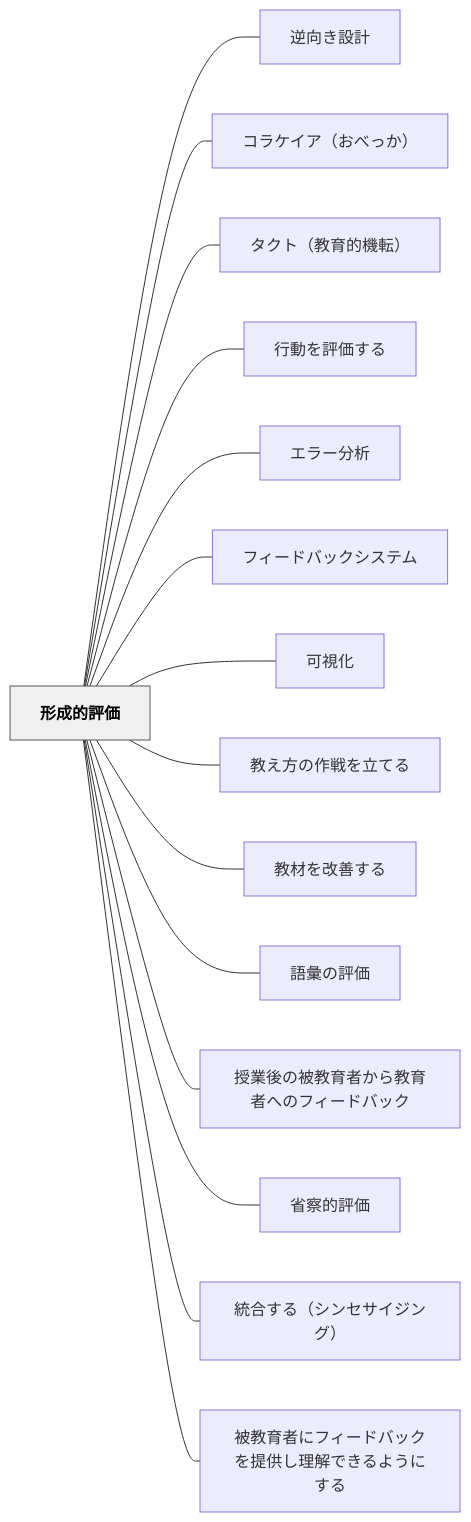
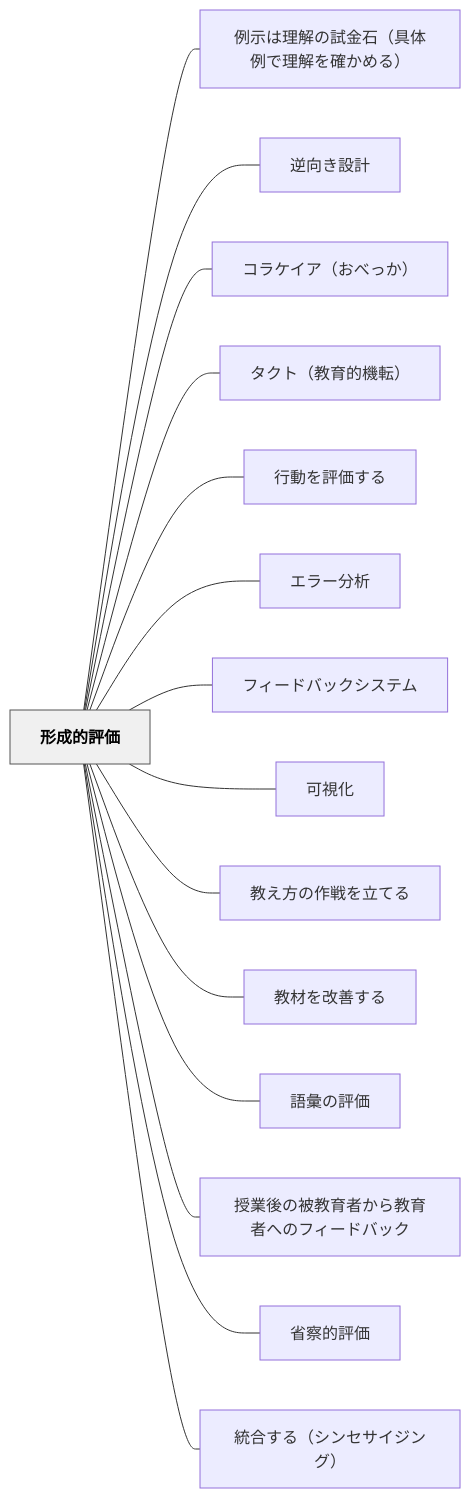
The diagram in content/パタン/形成的評価.md (unknownthings-ed-patterns/unknownthings-ed-patterns), drawn with Mermaid before and after one commit. The commit also changed other lines of this file and 185 other files, not shown here.

````diff
--- a/content/パタン/形成的評価.md
+++ b/content/パタン/形成的評価.md
@@ -96,36 +97,36 @@
 ```mermaid
 flowchart LR
     ne5bda2e68890e79a84e8a995e4bea1["形成的評価"]
+    ne4be8be7a4bae381afe79086e8a7a3e381aee8a9a6e98791e79fb3efbc88e585b7e4bd93e4be8be381a7e79086e8a7a3e38292e7a2bae3818be38281e3828befbc89["例示は理解の試金石（具体例で理解を確かめる）"]
     ne98086e59091e3818de8a8ade8a888["逆向き設計"]
     ne382b3e383a9e382b1e382a4e382a2efbc88e3818ae381b9e381a3e3818befbc89["コラケイア（おべっか）"]
     ne382bfe382afe38388efbc88e69599e882b2e79a84e6a99fe8bba2efbc89["タクト（教育的機転）"]
     ne8a18ce58b95e38292e8a995e4bea1e38199e3828b["行動を評価する"]
     ne382a8e383a9e383bce58886e69e90["エラー分析"]
     ne38395e382a3e383bce38389e38390e38383e382afe382b7e382b9e38386e383a0["フィードバックシステム"]
     ne58fafe8a696e58c96["可視化"]
     ne69599e38188e696b9e381aee4bd9ce688a6e38292e7ab8be381a6e3828b["教え方の作戦を立てる"]
     ne69599e69d90e38292e694b9e59684e38199e3828b["教材を改善する"]
     ne8aa9ee5bd99e381aee8a995e4bea1["語彙の評価"]
     ne68e88e6a5ade5be8ce381aee8a2abe69599e882b2e88085e3818be38289e69599e882b2e88085e381b8e381aee38395e382a3e383bce38389e38390e38383e382af["授業後の被教育者から教育者へのフィードバック"]
     ne79c81e5af9fe79a84e8a995e4bea1["省察的評価"]
     ne7b5b1e59088e38199e3828befbc88e382b7e383b3e382bbe382b5e382a4e382b8e383b3e382b0efbc89["統合する（シンセサイジング）"]
-    ne8a2abe69599e882b2e88085e381abe38395e382a3e383bce38389e38390e38383e382afe38292e68f90e4be9be38197e79086e8a7a3e381a7e3818de3828be38288e38186e381abe38199e3828b["被教育者にフィードバックを提供し理解できるようにする"]
 
+    ne5bda2e68890e79a84e8a995e4bea1 --- ne4be8be7a4bae381afe79086e8a7a3e381aee8a9a6e98791e79fb3efbc88e585b7e4bd93e4be8be381a7e79086e8a7a3e38292e7a2bae3818be38281e3828befbc89
     ne5bda2e68890e79a84e8a995e4bea1 --- ne98086e59091e3818de8a8ade8a888
     ne5bda2e68890e79a84e8a995e4bea1 --- ne382b3e383a9e382b1e382a4e382a2efbc88e3818ae381b9e381a3e3818befbc89
     ne5bda2e68890e79a84e8a995e4bea1 --- ne382bfe382afe38388efbc88e69599e882b2e79a84e6a99fe8bba2efbc89
     ne5bda2e68890e79a84e8a995e4bea1 --- ne8a18ce58b95e38292e8a995e4bea1e38199e3828b
     ne5bda2e68890e79a84e8a995e4bea1 --- ne382a8e383a9e383bce58886e69e90
     ne5bda2e68890e79a84e8a995e4bea1 --- ne38395e382a3e383bce38389e38390e38383e382afe382b7e382b9e38386e383a0
     ne5bda2e68890e79a84e8a995e4bea1 --- ne58fafe8a696e58c96
     ne5bda2e68890e79a84e8a995e4bea1 --- ne69599e38188e696b9e381aee4bd9ce688a6e38292e7ab8be381a6e3828b
     ne5bda2e68890e79a84e8a995e4bea1 --- ne69599e69d90e38292e694b9e59684e38199e3828b
     ne5bda2e68890e79a84e8a995e4bea1 --- ne8aa9ee5bd99e381aee8a995e4bea1
     ne5bda2e68890e79a84e8a995e4bea1 --- ne68e88e6a5ade5be8ce381aee8a2abe69599e882b2e88085e3818be38289e69599e882b2e88085e381b8e381aee38395e382a3e383bce38389e38390e38383e382af
     ne5bda2e68890e79a84e8a995e4bea1 --- ne79c81e5af9fe79a84e8a995e4bea1
     ne5bda2e68890e79a84e8a995e4bea1 --- ne7b5b1e59088e38199e3828befbc88e382b7e383b3e382bbe382b5e382a4e382b8e383b3e382b0efbc89
-    ne5bda2e68890e79a84e8a995e4bea1 --- ne8a2abe69599e882b2e88085e381abe38395e382a3e383bce38389e38390e38383e382afe38292e68f90e4be9be38197e79086e8a7a3e381a7e3818de3828be38288e38186e381abe38199e3828b
 
     classDef hub fill:#f0f0f0,stroke:#555,color:#000,font-weight:bold
     class ne5bda2e68890e79a84e8a995e4bea1 hub
 ```
````
